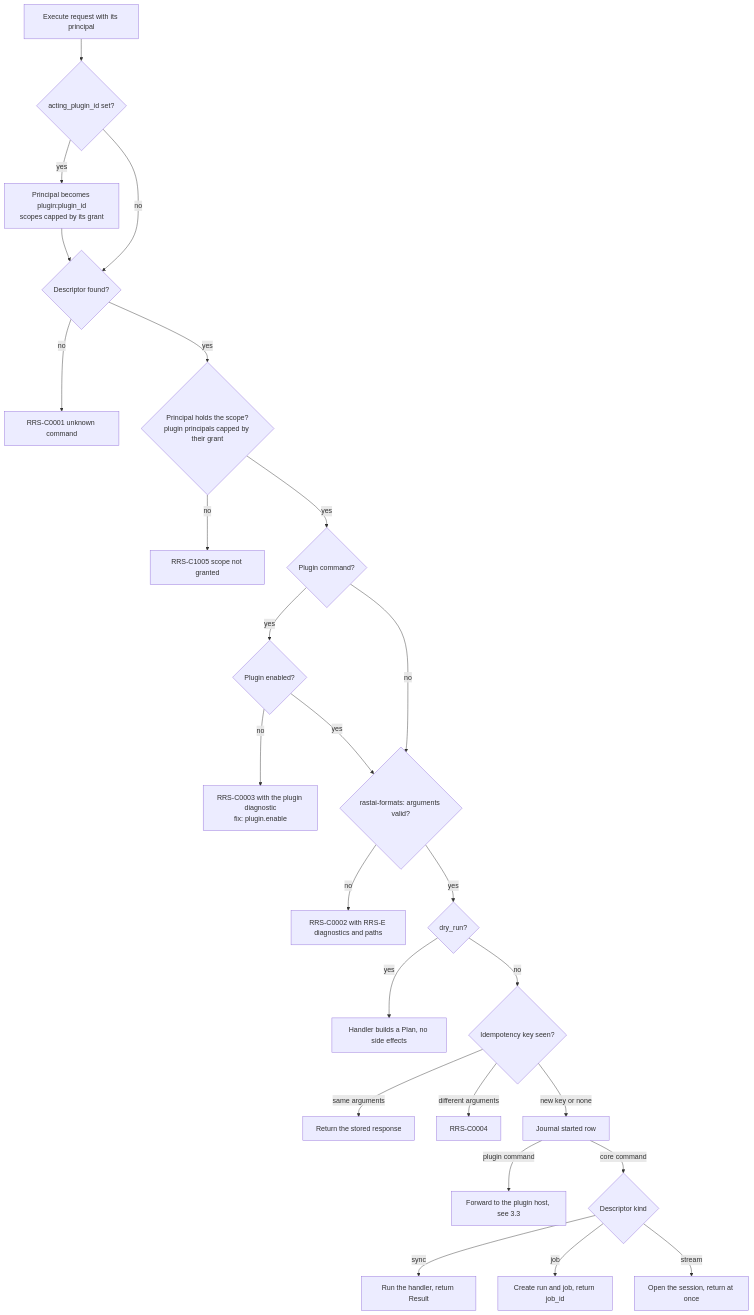
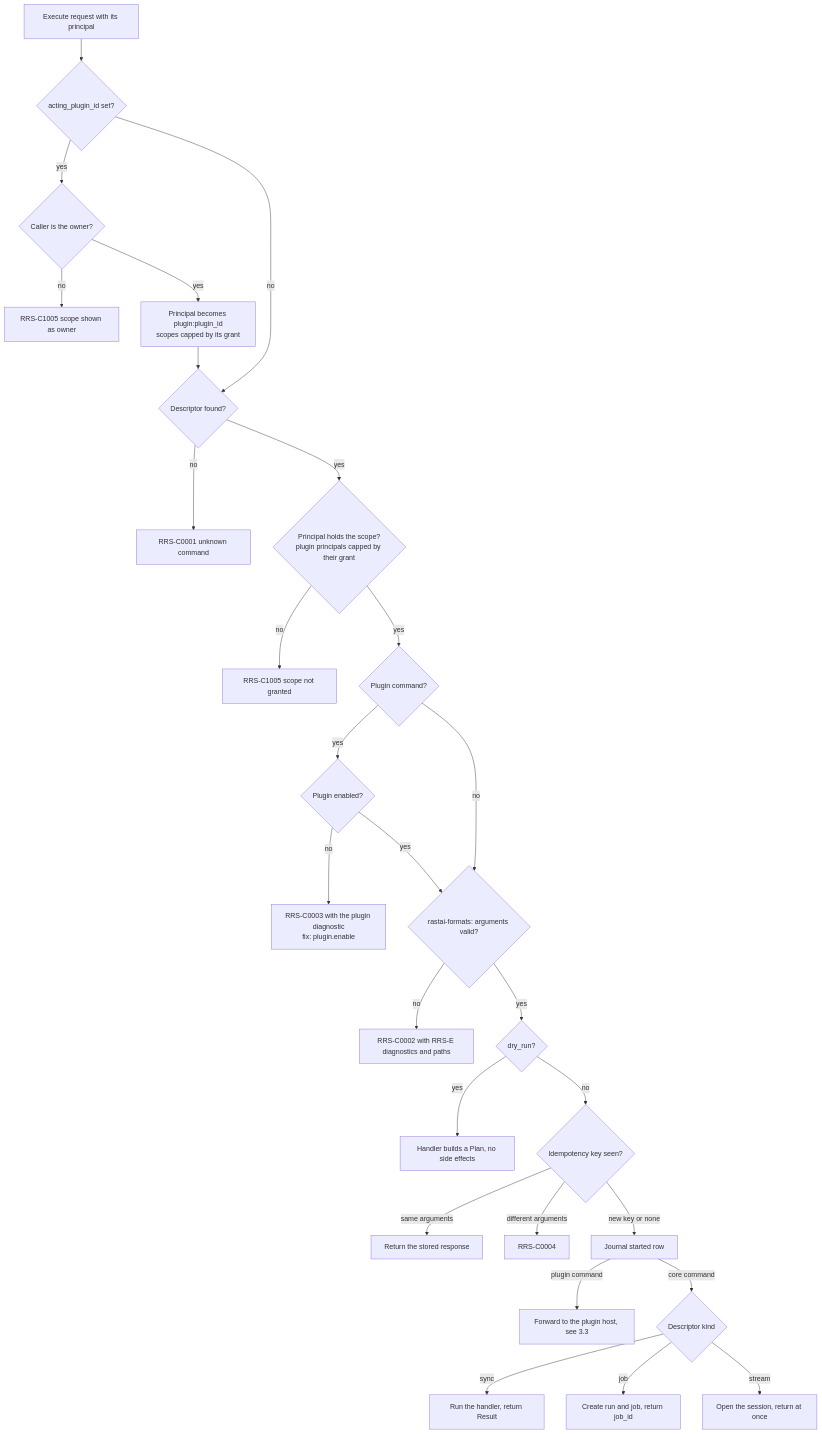
Before and after one commit to Snubiss/RASTAI-Research-Studio: diagram 13 of 55 in docs/architecture/flows/platform.md, drawn with Mermaid. The commit also changed other lines of this file and 3 other files, not shown here.

First line of the commit message:
SEC-01 contract: Address review round 2 (only the owner narrows with acting_plugin_id)

````diff
--- a/docs/architecture/flows/platform.md
+++ b/docs/architecture/flows/platform.md
@@ -649,27 +649,29 @@
 ```mermaid
 flowchart TD
   A["Execute request with its principal"] --> AP{"acting_plugin_id set?"}
-  AP -->|"yes"| NP["Principal becomes plugin:plugin_id<br/>scopes capped by its grant"]
+  AP -->|"yes"| AO{"Caller is the owner?"}
+  AO -->|"no"| E0["RRS-C1005 scope shown as owner"]
+  AO -->|"yes"| NP["Principal becomes plugin:plugin_id<br/>scopes capped by its grant"]
   AP -->|"no"| B{"Descriptor found?"}
   NP --> B
   B -->|"no"| E1["RRS-C0001 unknown command"]
   B -->|"yes"| S{"Principal holds the scope?<br/>plugin principals capped by their grant"}
   S -->|"no"| E3["RRS-C1005 scope not granted"]
   S -->|"yes"| P{"Plugin command?"}
   P -->|"yes"| PE{"Plugin enabled?"}
   PE -->|"no"| E2["RRS-C0003 with the plugin diagnostic<br/>fix: plugin.enable"]
   P -->|"no"| V
   PE -->|"yes"| V{"rastai-formats: arguments valid?"}
   V -->|"no"| E4["RRS-C0002 with RRS-E diagnostics and paths"]
   V -->|"yes"| D{"dry_run?"}
   D -->|"yes"| PL["Handler builds a Plan, no side effects"]
   D -->|"no"| I{"Idempotency key seen?"}
   I -->|"same arguments"| PREV["Return the stored response"]
   I -->|"different arguments"| E5["RRS-C0004"]
   I -->|"new key or none"| J["Journal started row"]
   J -->|"plugin command"| FW["Forward to the plugin host, see 3.3"]
   J -->|"core command"| K{"Descriptor kind"}
   K -->|"sync"| SY["Run the handler, return Result"]
   K -->|"job"| JB["Create run and job, return job_id"]
   K -->|"stream"| SM["Open the session, return at once"]
 ```
````
